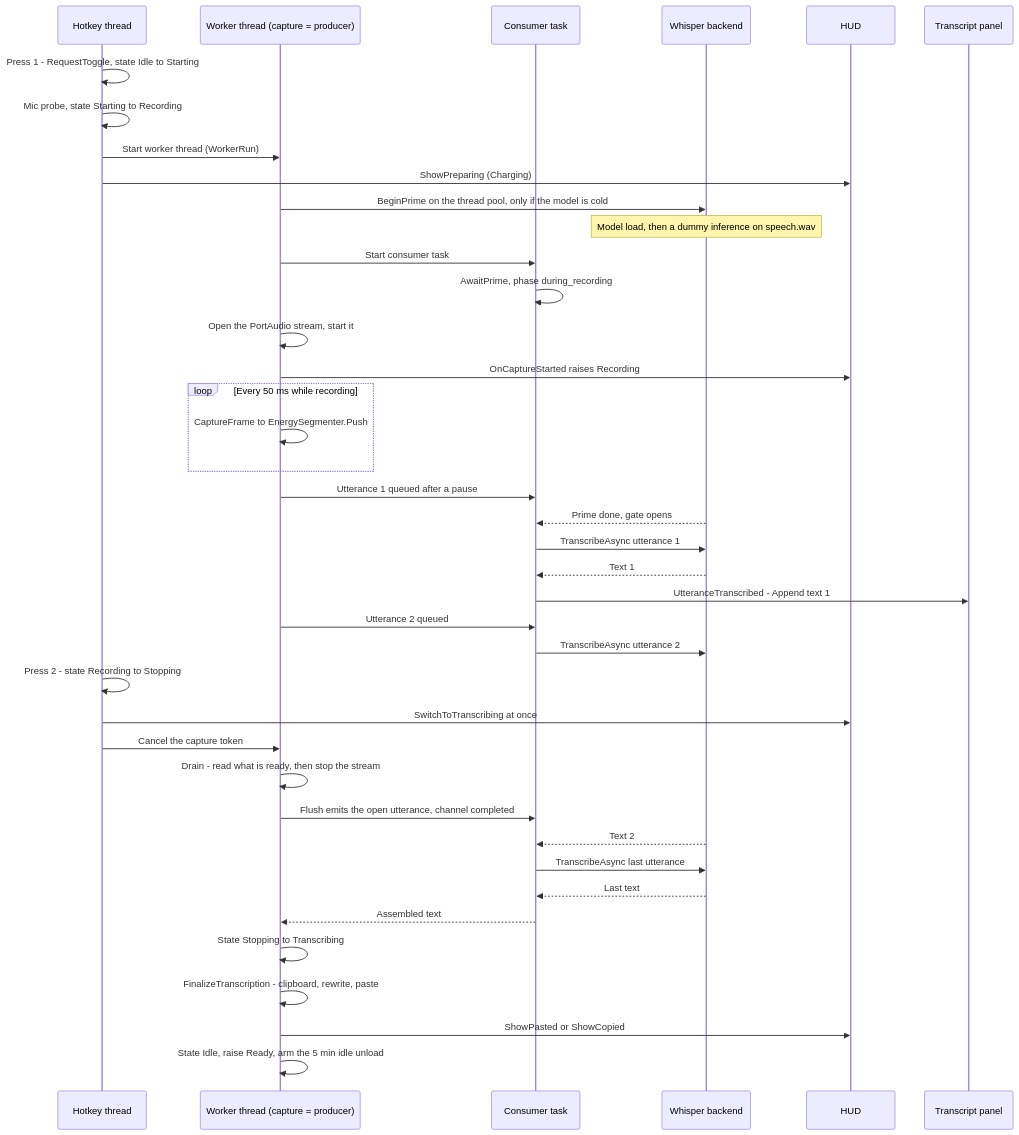
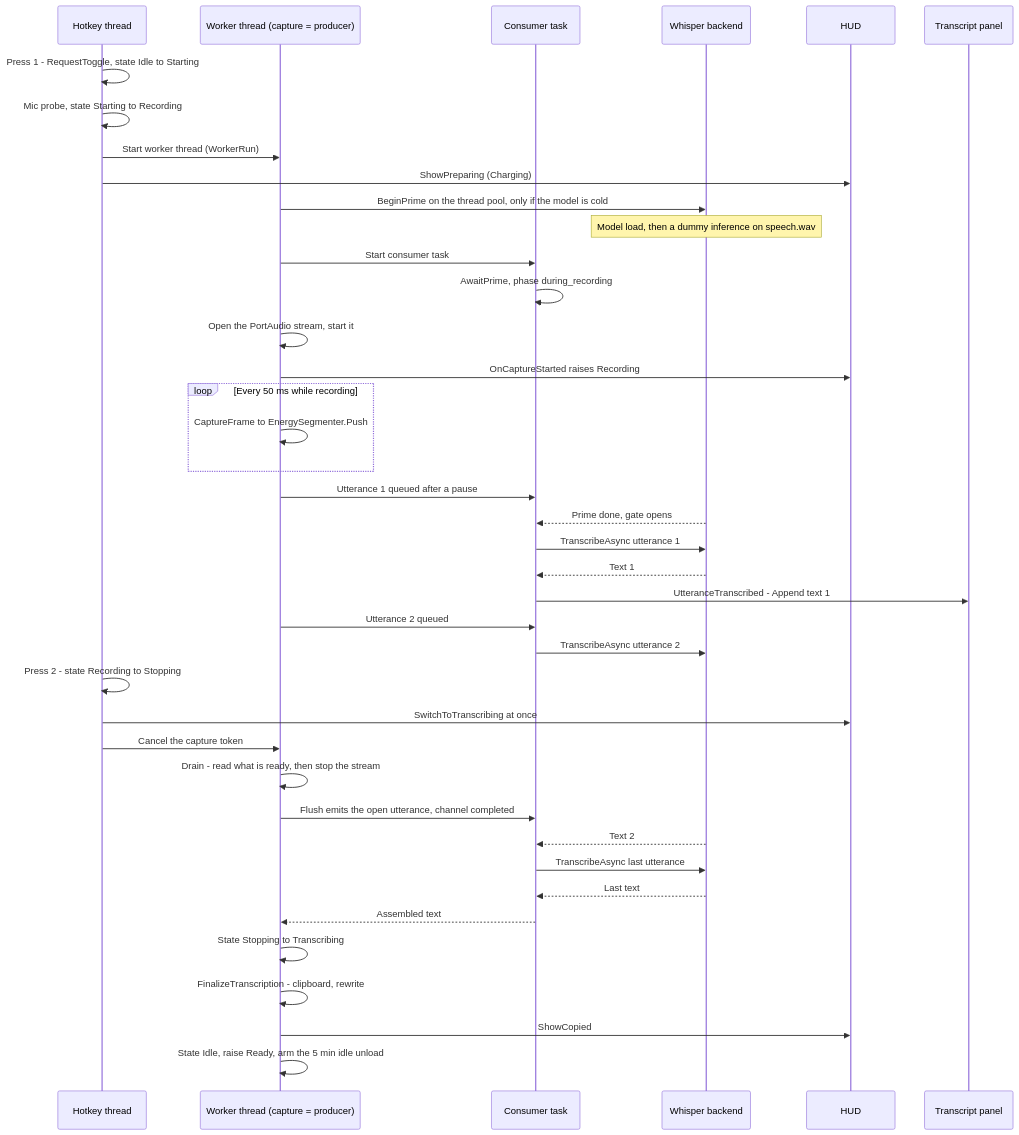
One commit to louisfifre/deckle changed the second of 3 diagrams in docs/transcription-audio-chain.md. Above: the diagram before and after it, drawn with Mermaid. The commit also changed other lines of this file and 40 other files, not shown here.

First line of the commit message:
refactor(transcription)!: remove the paste path from dictation

````diff
--- a/docs/transcription-audio-chain.md
+++ b/docs/transcription-audio-chain.md
@@ -124,43 +124,43 @@
 ```mermaid
 sequenceDiagram
     participant HK as Hotkey thread
     participant W as Worker thread (capture = producer)
     participant C as Consumer task
     participant WB as Whisper backend
     participant HUD as HUD
     participant P as Transcript panel
 
     HK->>HK: Press 1 - RequestToggle, state Idle to Starting
     HK->>HK: Mic probe, state Starting to Recording
     HK->>W: Start worker thread (WorkerRun)
     HK->>HUD: ShowPreparing (Charging)
     W->>WB: BeginPrime on the thread pool, only if the model is cold
     Note over WB: Model load, then a dummy inference on speech.wav
     W->>C: Start consumer task
     C->>C: AwaitPrime, phase during_recording
     W->>W: Open the PortAudio stream, start it
     W->>HUD: OnCaptureStarted raises Recording
     loop Every 50 ms while recording
         W->>W: CaptureFrame to EnergySegmenter.Push
     end
     W->>C: Utterance 1 queued after a pause
     WB-->>C: Prime done, gate opens
     C->>WB: TranscribeAsync utterance 1
     WB-->>C: Text 1
     C->>P: UtteranceTranscribed - Append text 1
     W->>C: Utterance 2 queued
     C->>WB: TranscribeAsync utterance 2
     HK->>HK: Press 2 - state Recording to Stopping
     HK->>HUD: SwitchToTranscribing at once
     HK->>W: Cancel the capture token
     W->>W: Drain - read what is ready, then stop the stream
     W->>C: Flush emits the open utterance, channel completed
     WB-->>C: Text 2
     C->>WB: TranscribeAsync last utterance
     WB-->>C: Last text
     C-->>W: Assembled text
     W->>W: State Stopping to Transcribing
-    W->>W: FinalizeTranscription - clipboard, rewrite, paste
-    W->>HUD: ShowPasted or ShowCopied
+    W->>W: FinalizeTranscription - clipboard, rewrite
+    W->>HUD: ShowCopied
     W->>W: State Idle, raise Ready, arm the 5 min idle unload
 ```
````
